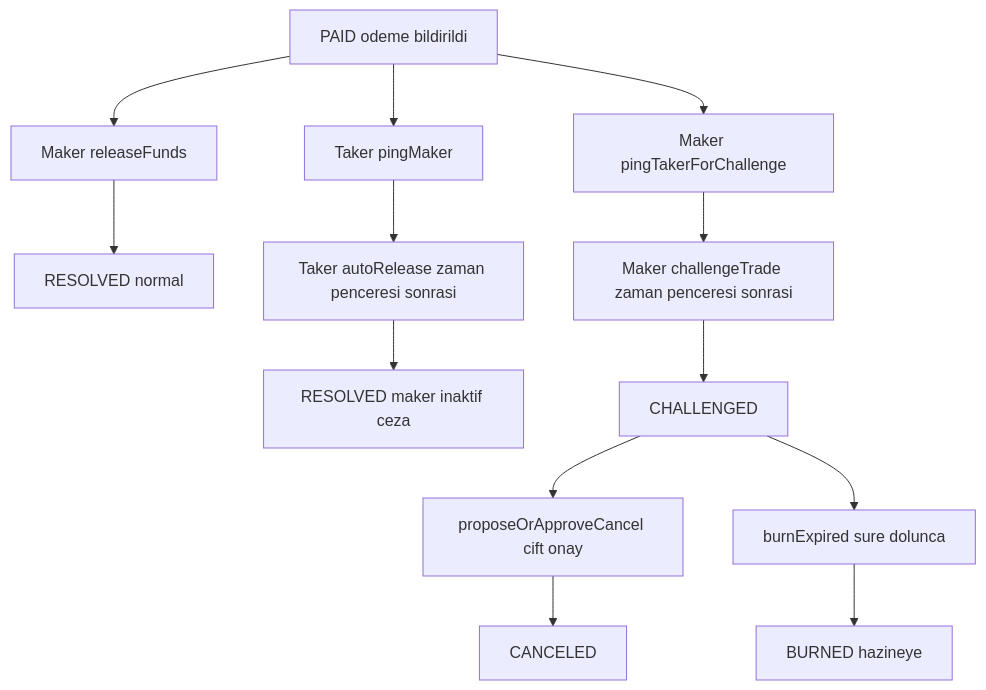
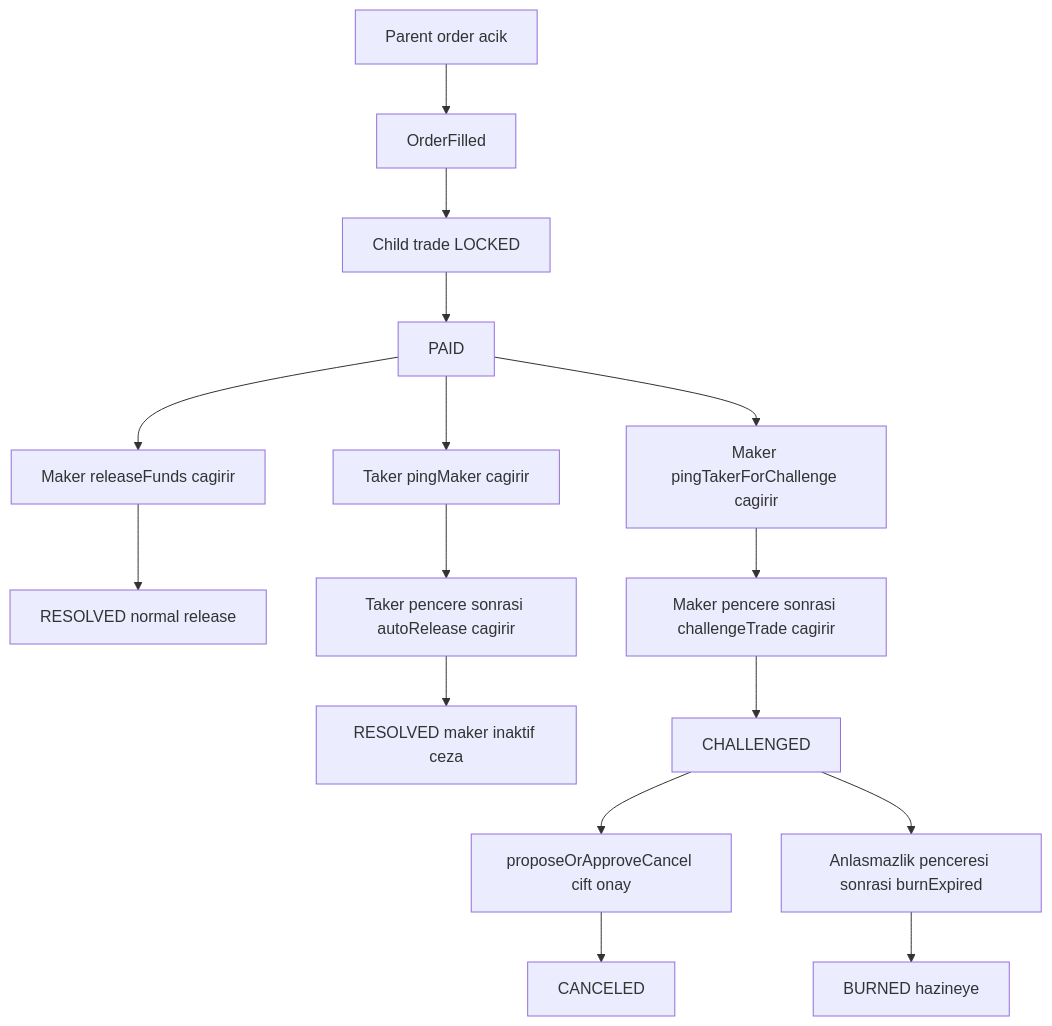
One commit to MyDemir/Araf-Protokol changed the diagram in docs/TR/GAME_THEORY.md. Above: the diagram before and after it, drawn with Mermaid. The commit also changed other lines of this file and 1 other file, not shown here.

````diff
--- a/docs/TR/GAME_THEORY.md
+++ b/docs/TR/GAME_THEORY.md
@@ -13,19 +11,23 @@
 ```mermaid
 flowchart TD
-    paid_state[PAID odeme bildirildi] --> release_call[Maker releaseFunds]
-    release_call --> resolved_normal[RESOLVED normal]
+    parent_order[Parent order acik] --> fill_event[OrderFilled]
+    fill_event --> child_trade[Child trade LOCKED]
+    child_trade --> paid_state[PAID]
 
-    paid_state --> ping_maker[Taker pingMaker]
-    ping_maker --> auto_release[Taker autoRelease zaman penceresi sonrasi]
+    paid_state --> release_call[Maker releaseFunds cagirir]
+    release_call --> resolved_normal[RESOLVED normal release]
+
+    paid_state --> ping_maker[Taker pingMaker cagirir]
+    ping_maker --> auto_release[Taker pencere sonrasi autoRelease cagirir]
     auto_release --> resolved_penalty[RESOLVED maker inaktif ceza]
 
-    paid_state --> ping_taker[Maker pingTakerForChallenge]
-    ping_taker --> challenge_call[Maker challengeTrade zaman penceresi sonrasi]
+    paid_state --> ping_taker[Maker pingTakerForChallenge cagirir]
+    ping_taker --> challenge_call[Maker pencere sonrasi challengeTrade cagirir]
     challenge_call --> challenged_state[CHALLENGED]
 
     challenged_state --> cancel_dual[proposeOrApproveCancel cift onay]
     cancel_dual --> canceled_state[CANCELED]
 
-    challenged_state --> burn_call[burnExpired sure dolunca]
-    burn_call --> burned_state[BURNED hazineye]
+    challenged_state --> burn_call[Anlasmazlik penceresi sonrasi burnExpired]
+    burn_call --> burn_terminal[BURNED hazineye]
 ```
````
